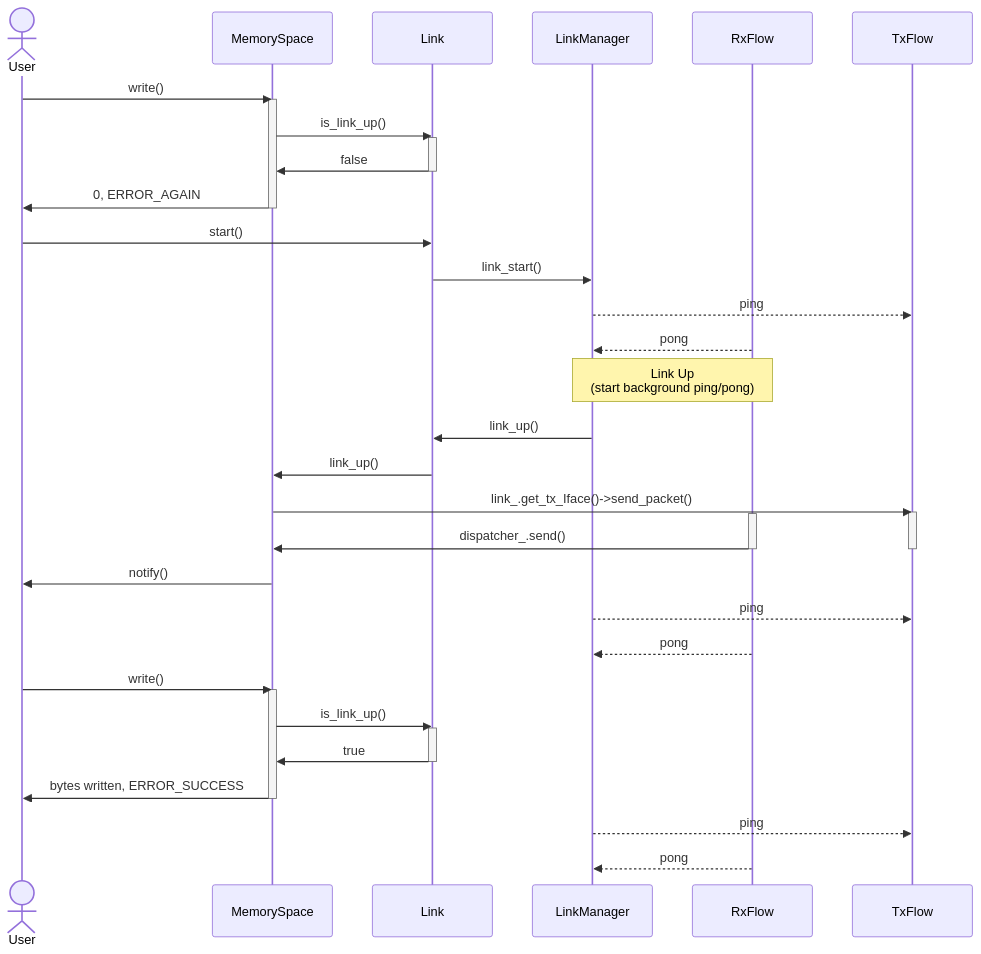
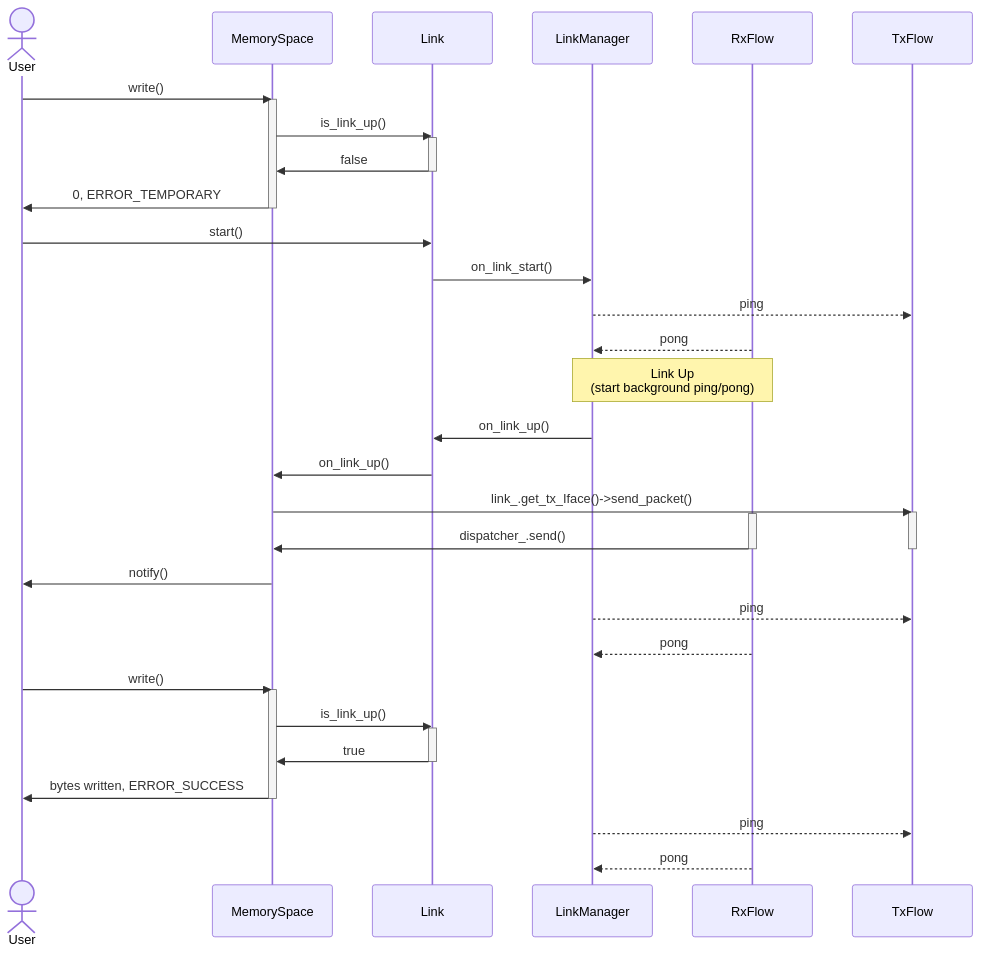
Before and after one commit to bakerstu/openmrn: the seventh of 7 diagrams in src/traction_modem/README.md, drawn with Mermaid. The commit also changed other lines of this file, not shown here.

Commit message:
Fix link documentation.

````diff
--- a/src/traction_modem/README.md
+++ b/src/traction_modem/README.md
@@ -201,49 +201,49 @@
 ```mermaid
 sequenceDiagram
     actor User
     participant MemorySpace
     participant LinkObject as Link
     participant LinkManager
     participant RxFlow
     participant TxFlow
 
     User         ->> MemorySpace : write()
     activate MemorySpace
     MemorySpace  ->> LinkObject  : is_link_up()
     activate LinkObject
     LinkObject   ->> MemorySpace : false
     deactivate LinkObject
-    MemorySpace  ->> User        : 0, ERROR_AGAIN
+    MemorySpace  ->> User        : 0, ERROR_TEMPORARY
     deactivate MemorySpace
 
     User         ->> LinkObject  : start()
-    LinkObject   ->> LinkManager : link_start()
+    LinkObject   ->> LinkManager : on_link_start()
     LinkManager -->> TxFlow      : ping
     RxFlow      -->> LinkManager : pong
     Note over LinkManager, RxFlow: Link Up<br>(start background ping/pong)
-    LinkManager  ->> LinkObject  : link_up()
-    LinkObject   ->> MemorySpace : link_up()
+    LinkManager  ->> LinkObject  : on_link_up()
+    LinkObject   ->> MemorySpace : on_link_up()
 
     MemorySpace  ->> TxFlow      : link_.get_tx_Iface()->send_packet()
     activate TxFlow
     activate RxFlow
     RxFlow       ->> MemorySpace : dispatcher_.send()
     deactivate TxFlow
     deactivate RxFlow
     MemorySpace  ->> User        : notify()
     
     LinkManager -->> TxFlow      : ping
     RxFlow      -->> LinkManager : pong
 
     User         ->> MemorySpace : write()
     activate MemorySpace
     MemorySpace  ->> LinkObject  : is_link_up()
     activate LinkObject
     LinkObject   ->> MemorySpace : true
     deactivate LinkObject
     MemorySpace  ->> User        : bytes written, ERROR_SUCCESS
     deactivate MemorySpace
 
     LinkManager -->> TxFlow      : ping
     RxFlow      -->> LinkManager : pong
 ```
````
